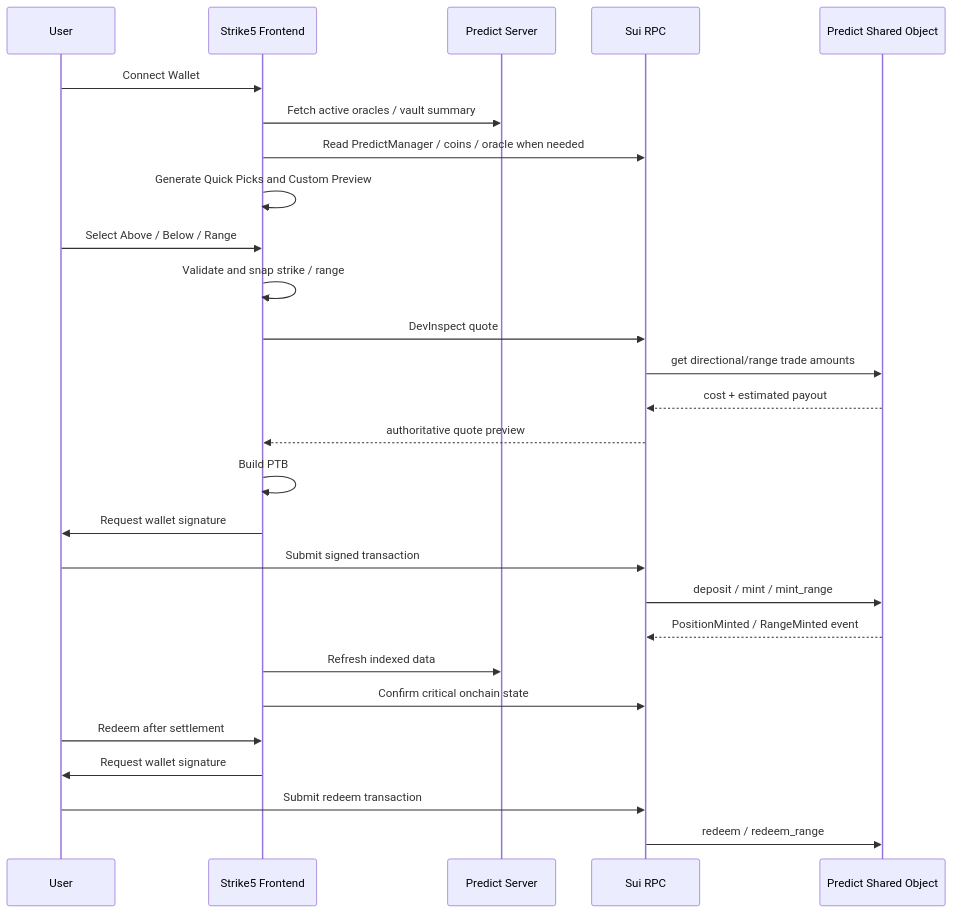
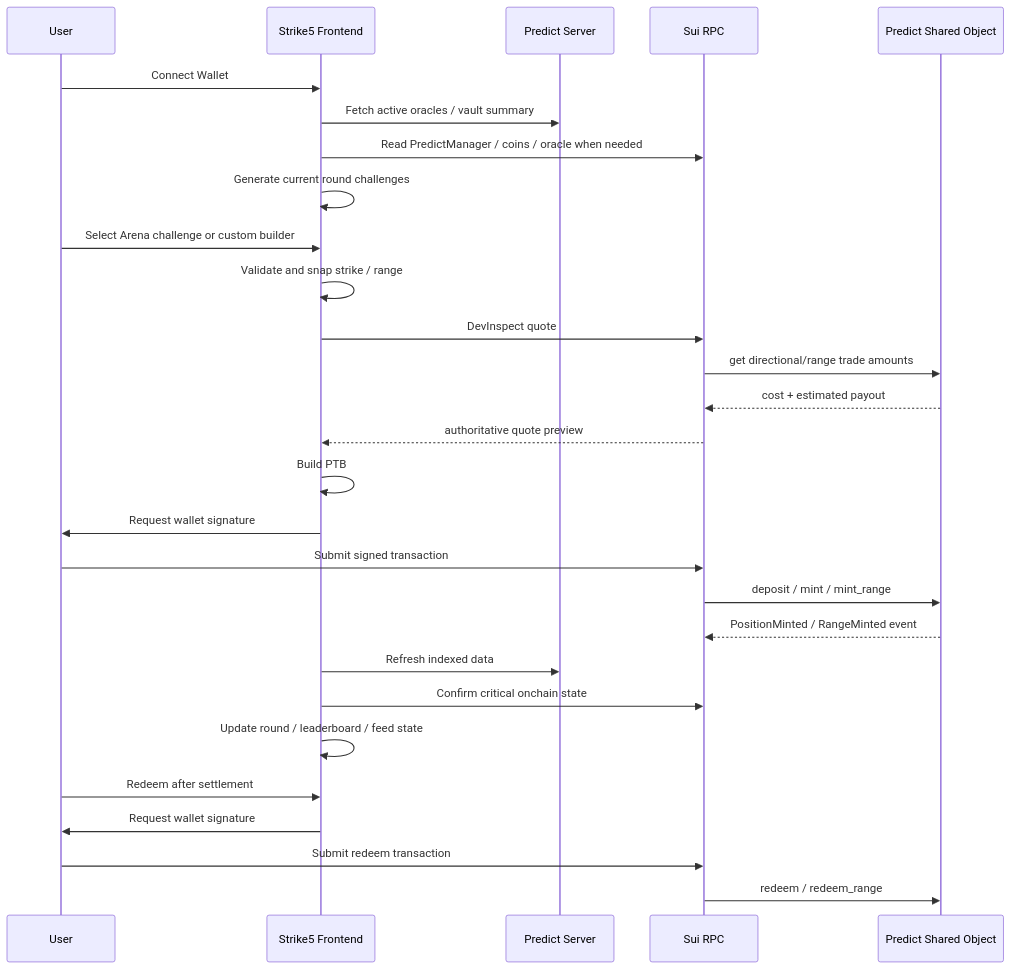
One commit to big-dudu-mosty/Strike5 changed the second of 2 diagrams in docs/technical/architecture.md. Above: the diagram before and after it, drawn with Mermaid. The commit also changed other lines of this file and 8 other files, not shown here.

````diff
--- a/docs/technical/architecture.md
+++ b/docs/technical/architecture.md
@@ -308,34 +362,35 @@
 ```mermaid
 sequenceDiagram
   participant User
   participant FE as Strike5 Frontend
   participant PS as Predict Server
   participant RPC as Sui RPC
   participant C as Predict Shared Object
 
   User->>FE: Connect Wallet
   FE->>PS: Fetch active oracles / vault summary
   FE->>RPC: Read PredictManager / coins / oracle when needed
-  FE->>FE: Generate Quick Picks and Custom Preview
+  FE->>FE: Generate current round challenges
 
-  User->>FE: Select Above / Below / Range
+  User->>FE: Select Arena challenge or custom builder
   FE->>FE: Validate and snap strike / range
   FE->>RPC: DevInspect quote
   RPC->>C: get directional/range trade amounts
   C-->>RPC: cost + estimated payout
   RPC-->>FE: authoritative quote preview
 
   FE->>FE: Build PTB
   FE->>User: Request wallet signature
   User->>RPC: Submit signed transaction
   RPC->>C: deposit / mint / mint_range
   C-->>RPC: PositionMinted / RangeMinted event
 
   FE->>PS: Refresh indexed data
   FE->>RPC: Confirm critical onchain state
+  FE->>FE: Update round / leaderboard / feed state
 
   User->>FE: Redeem after settlement
   FE->>User: Request wallet signature
   User->>RPC: Submit redeem transaction
   RPC->>C: redeem / redeem_range
 ```
````
